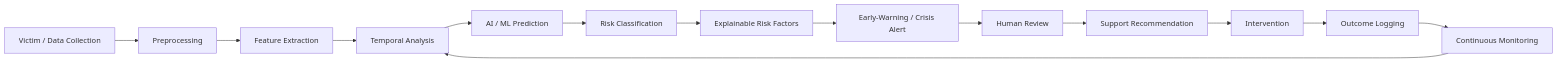
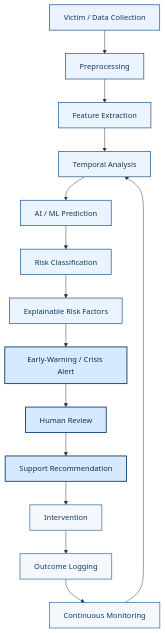
The second of 8 diagrams in README.md (ankita06nandy/NirbhayMind), drawn with Mermaid before and after one commit.

Commit message:
Enhance workflow diagram in README.md
Updated the workflow diagram in the README to include continuous monitoring and formal architecture-style coloring.

````diff
--- a/README.md
+++ b/README.md
@@ -139,31 +139,57 @@
 ```mermaid
-flowchart LR
+flowchart TD
+
+    %% =====================================================
+    %% CORE WORKFLOW
+    %% =====================================================
 
     C["Victim / Data Collection"]
     P["Preprocessing"]
     F["Feature Extraction"]
     T["Temporal Analysis"]
     M["AI / ML Prediction"]
     R["Risk Classification"]
     X["Explainable Risk Factors"]
     A["Early-Warning / Crisis Alert"]
     H["Human Review"]
     S["Support Recommendation"]
     I["Intervention"]
     L["Outcome Logging"]
     M2["Continuous Monitoring"]
 
+    %% =====================================================
+    %% PRIMARY WORKFLOW
+    %% =====================================================
+
     C --> P
     P --> F
     F --> T
     T --> M
     M --> R
     R --> X
     X --> A
     A --> H
     H --> S
     S --> I
     I --> L
     L --> M2
+
+    %% =====================================================
+    %% CONTINUOUS MONITORING LOOP
+    %% =====================================================
+
     M2 --> T
+
+
+    %% =====================================================
+    %% FORMAL ARCHITECTURE-STYLE COLOURING
+    %% =====================================================
+
+    classDef main fill:#EAF3FF,stroke:#1F5A94,stroke-width:1.5px,color:#123B5D;
+    classDef analysis fill:#D7E9FF,stroke:#174A7A,stroke-width:2px,color:#0D3152;
+    classDef outcome fill:#F4F8FC,stroke:#3D6F9E,stroke-width:1.5px,color:#123B5D;
+
+    class C,P,F,T,M,R,X main;
+    class A,H,S analysis;
+    class I,L,M2 outcome;
 ```
````
